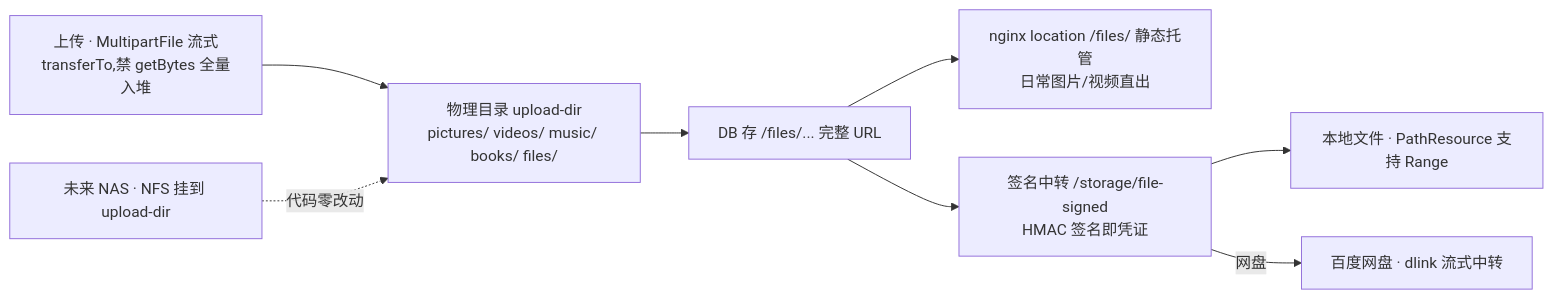
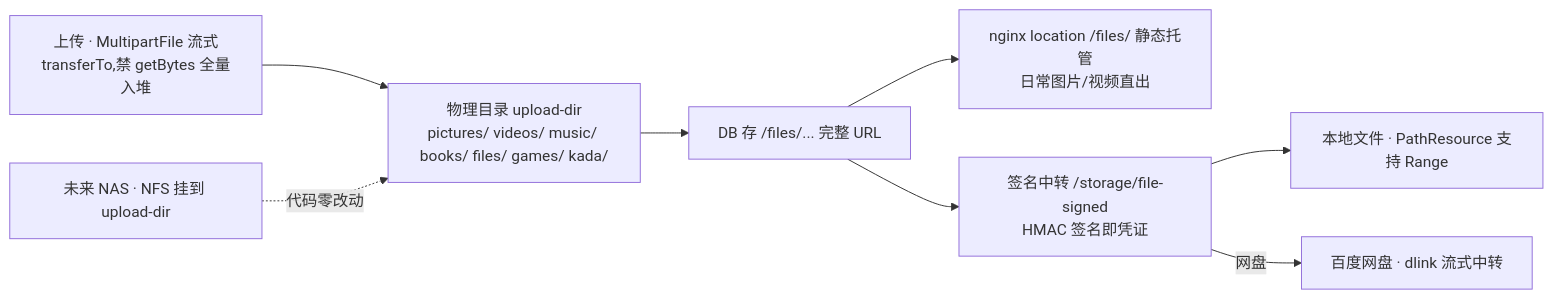
One commit to chillyice/ihomy changed the eighth of 11 diagrams in docs/架构设计.md. Above: the diagram before and after it, drawn with Mermaid. The commit also changed other lines of this file and 13 other files, not shown here.

````diff
--- a/docs/架构设计.md
+++ b/docs/架构设计.md
@@ -196,10 +219,10 @@
 ```mermaid
 flowchart LR
-    UP["上传 · MultipartFile 流式<br/>transferTo,禁 getBytes 全量入堆"] --> DISK["物理目录 upload-dir<br/>pictures/ videos/ music/ books/ files/"]
+    UP["上传 · MultipartFile 流式<br/>transferTo,禁 getBytes 全量入堆"] --> DISK["物理目录 upload-dir<br/>pictures/ videos/ music/ books/ files/ games/ kada/"]
     DISK --> URL["DB 存 /files/... 完整 URL"]
     URL --> NGX["nginx location /files/ 静态托管<br/>日常图片/视频直出"]
     URL --> SIGN["签名中转 /storage/file-signed<br/>HMAC 签名即凭证"]
     SIGN --> LOCAL["本地文件 · PathResource 支持 Range"]
     SIGN -->|"网盘"| BAIDU["百度网盘 · dlink 流式中转"]
     NAS["未来 NAS · NFS 挂到 upload-dir"] -.->|"代码零改动"| DISK
 ```
````
